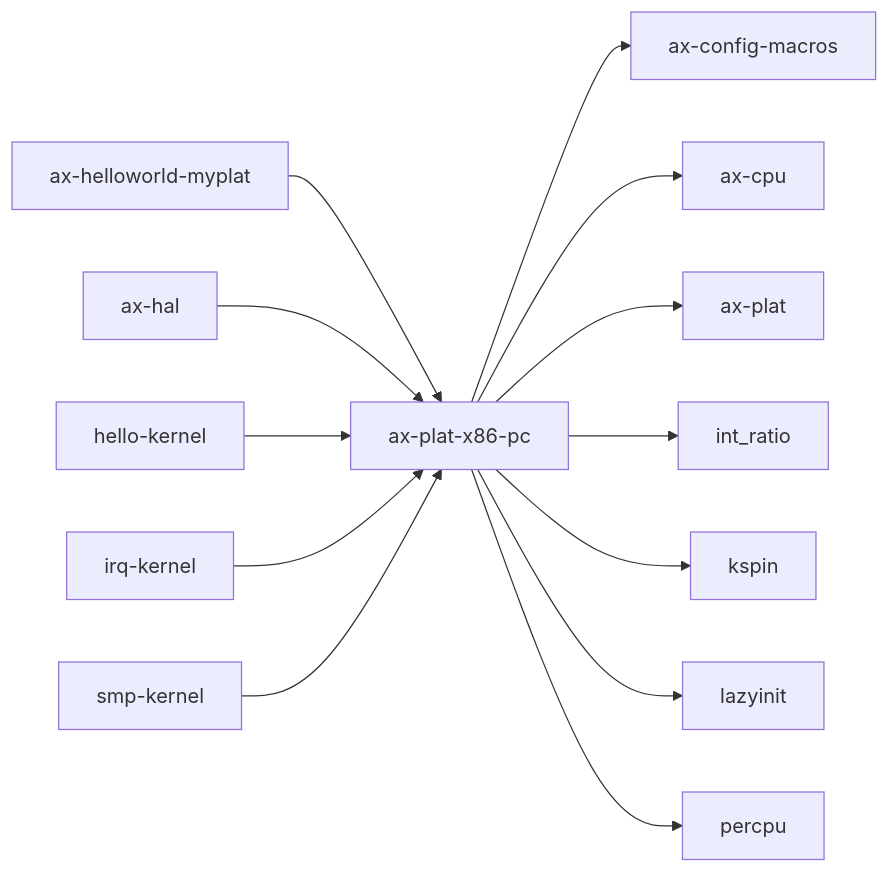
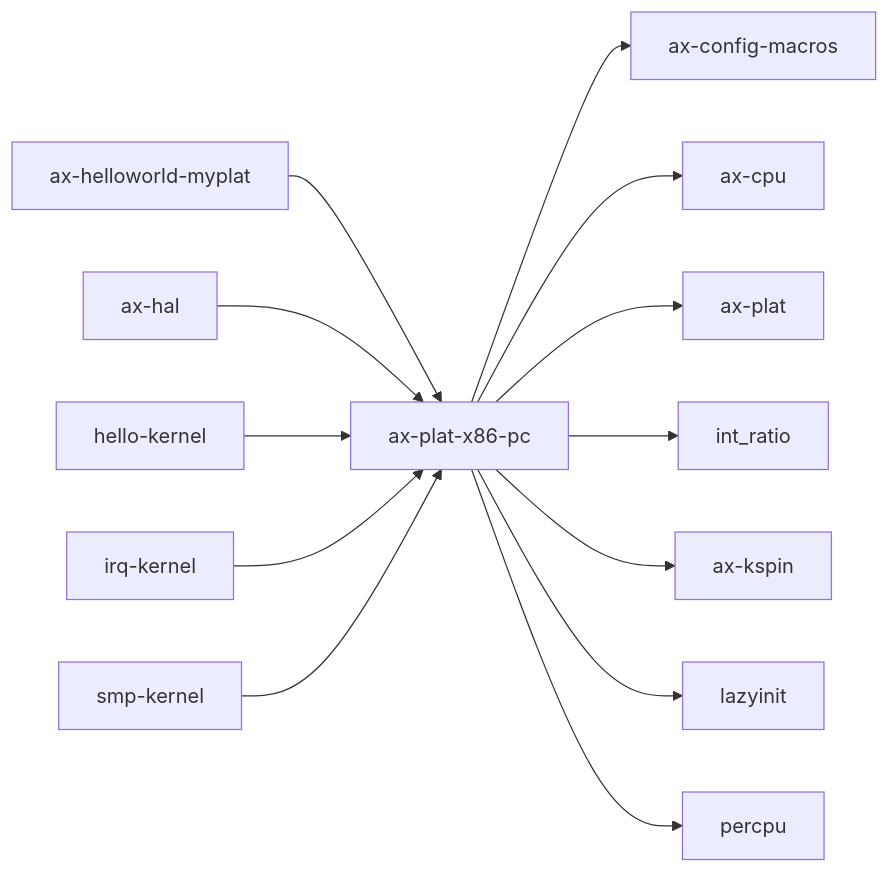
The third of 3 diagrams in docs/crates/ax-plat-x86-pc.md (zKurisu/tgoskits), drawn with Mermaid before and after one commit. The commit also changed other lines of this file and 101 other files, not shown here.

````diff
--- a/docs/crates/ax-plat-x86-pc.md
+++ b/docs/crates/ax-plat-x86-pc.md
@@ -238,16 +238,16 @@
 ```mermaid
 graph LR
     current["ax-plat-x86-pc"]
     current --> axconfig_macros["ax-config-macros"]
     current --> ax-cpu["ax-cpu"]
     current --> axplat["ax-plat"]
     current --> int_ratio["int_ratio"]
-    current --> kspin["kspin"]
+    current --> ax_kspin["ax-kspin"]
     current --> lazyinit["lazyinit"]
     current --> percpu["percpu"]
     arceos_helloworld_myplat["ax-helloworld-myplat"] --> current
     ax-hal["ax-hal"] --> current
     hello_kernel["hello-kernel"] --> current
     irq_kernel["irq-kernel"] --> current
     smp_kernel["smp-kernel"] --> current
 ```
````
